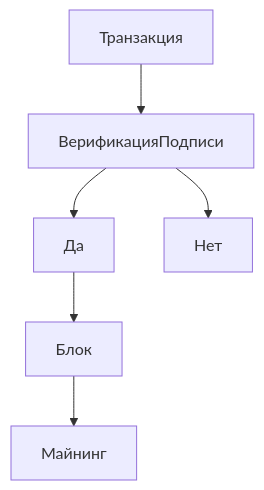
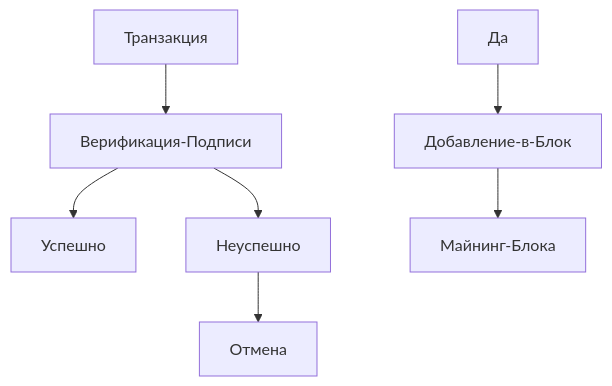
Before and after one commit to LaPedrik/Blockchain-Client: the diagram in README.md, drawn with Mermaid.

````diff
--- a/README.md
+++ b/README.md
@@ -12,8 +12,9 @@
 ```mermaid
 graph TD;
-    Транзакция-->ВерификацияПодписи;
-    ВерификацияПодписи-->Да;
-    ВерификацияПодписи-->Нет;
-    Да-->Блок;
-    Блок-->Майнинг
+    Транзакция-->Верификация-Подписи;
+    Верификация-Подписи-->Успешно;
+    Верификация-Подписи-->Неуспешно;
+    Да-->Добавление-в-Блок;
+    Добавление-в-Блок-->Майнинг-Блока;
+    Неуспешно-->Отмена;
 ```
````
